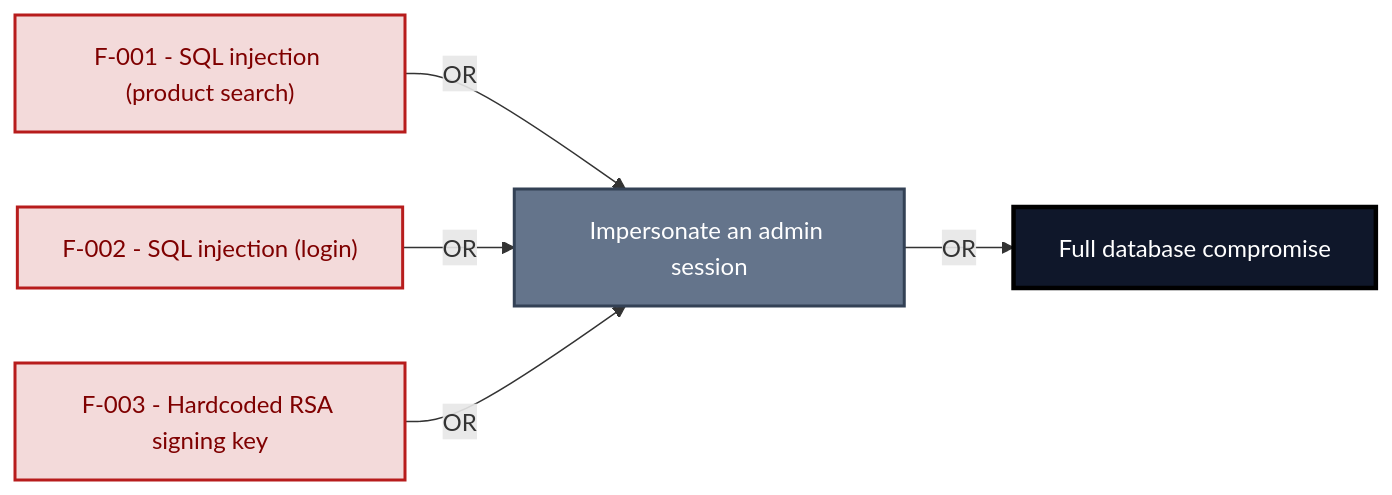
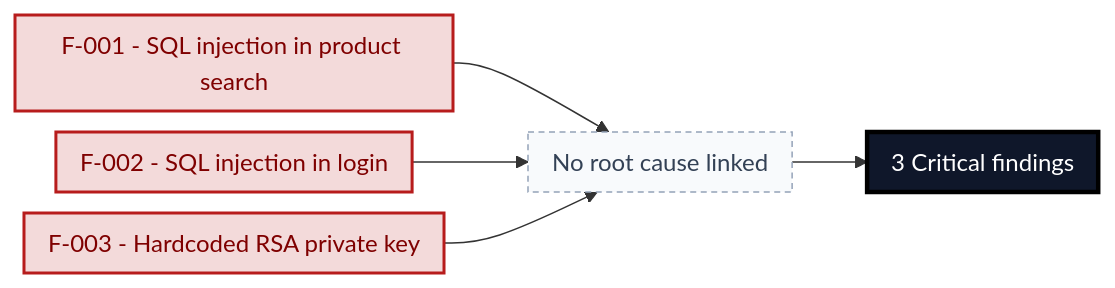
One commit to appsec-foundry/appsec-analyzer changed the first of 10 diagrams in tests/fixtures/e2e/golden/threat-model.md. Above: the diagram before and after it, drawn with Mermaid. The commit also changed other lines of this file and 25 other files, not shown here.

First line of the commit message:
Replace the Critical Attack Tree with Critical Findings by Root Cause

````diff
--- a/tests/fixtures/e2e/golden/threat-model.md
+++ b/tests/fixtures/e2e/golden/threat-model.md
@@ -146,18 +147,21 @@
 ```mermaid
+%%{init: {"flowchart": {"nodeSpacing": 14, "rankSpacing": 50, "padding": 8, "wrappingWidth": 260}}}%%
 graph LR
-    GOAL["Full database compromise"]:::goal
-    ADMIN["Impersonate an admin session"]:::or_node
-    SQLI_SEARCH["F-001 - SQL injection (product search)"]:::leaf
-    SQLI_LOGIN["F-002 - SQL injection (login)"]:::leaf
-    RSA_KEY["F-003 - Hardcoded RSA signing key"]:::leaf
+    GOAL["3 Critical findings"]:::goal
+    UNLINKED["No root cause linked"]:::unassigned
+    T001["F-001 - SQL injection in product search"]:::leaf
+    T002["F-002 - SQL injection in login"]:::leaf
+    T003["F-003 - Hardcoded RSA private key"]:::leaf
 
-    SQLI_SEARCH -->|"OR"| ADMIN
-    SQLI_LOGIN -->|"OR"| ADMIN
-    RSA_KEY -->|"OR"| ADMIN
-    ADMIN -->|"OR"| GOAL
+    UNLINKED --> GOAL
+    T001 --> UNLINKED
+    T002 --> UNLINKED
+    T003 --> UNLINKED
 
     classDef goal fill:#0f172a,stroke:#000,color:#fff,stroke-width:3px
     classDef and_node fill:#334155,stroke:#1e293b,color:#fff,stroke-width:2px
     classDef or_node fill:#64748b,stroke:#334155,color:#fff,stroke-width:2px
     classDef leaf fill:#f3dada,stroke:#b71c1c,color:#7f0000,stroke-width:2px
+    classDef rootcause fill:#334155,stroke:#1e293b,color:#fff,stroke-width:2px
+    classDef unassigned fill:#f8fafc,stroke:#94a3b8,color:#334155,stroke-dasharray:4 3
 ```
````
